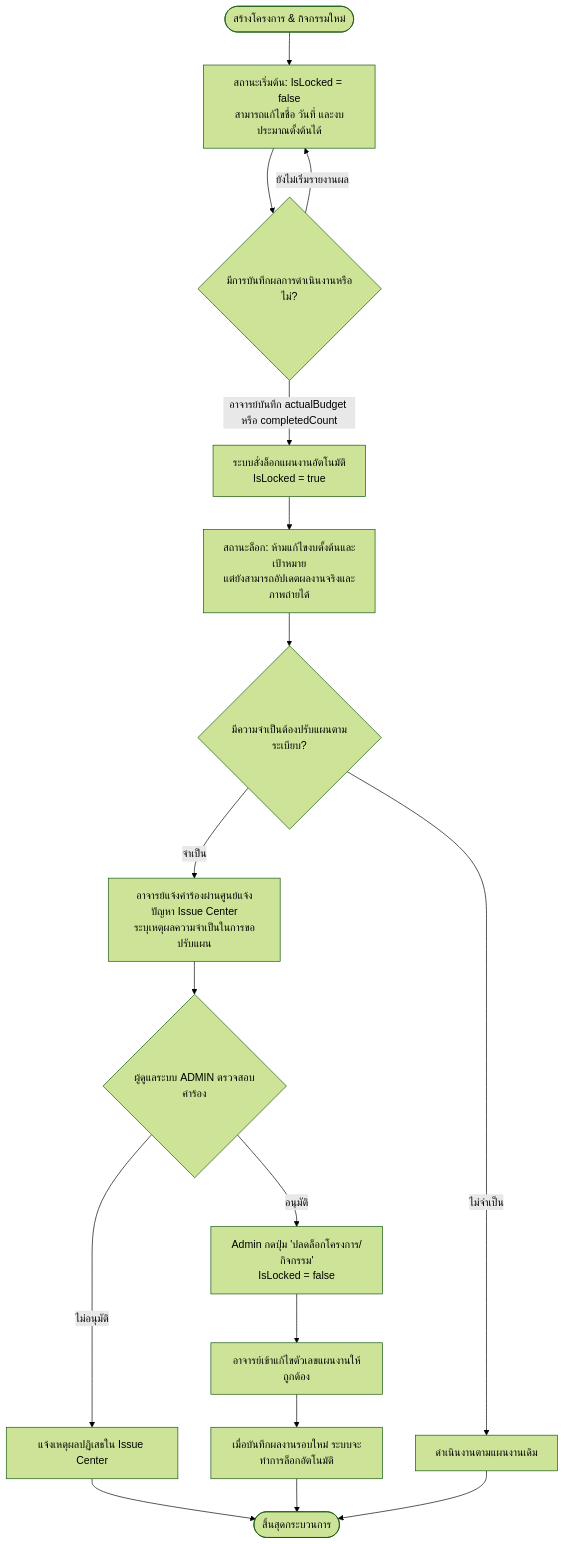
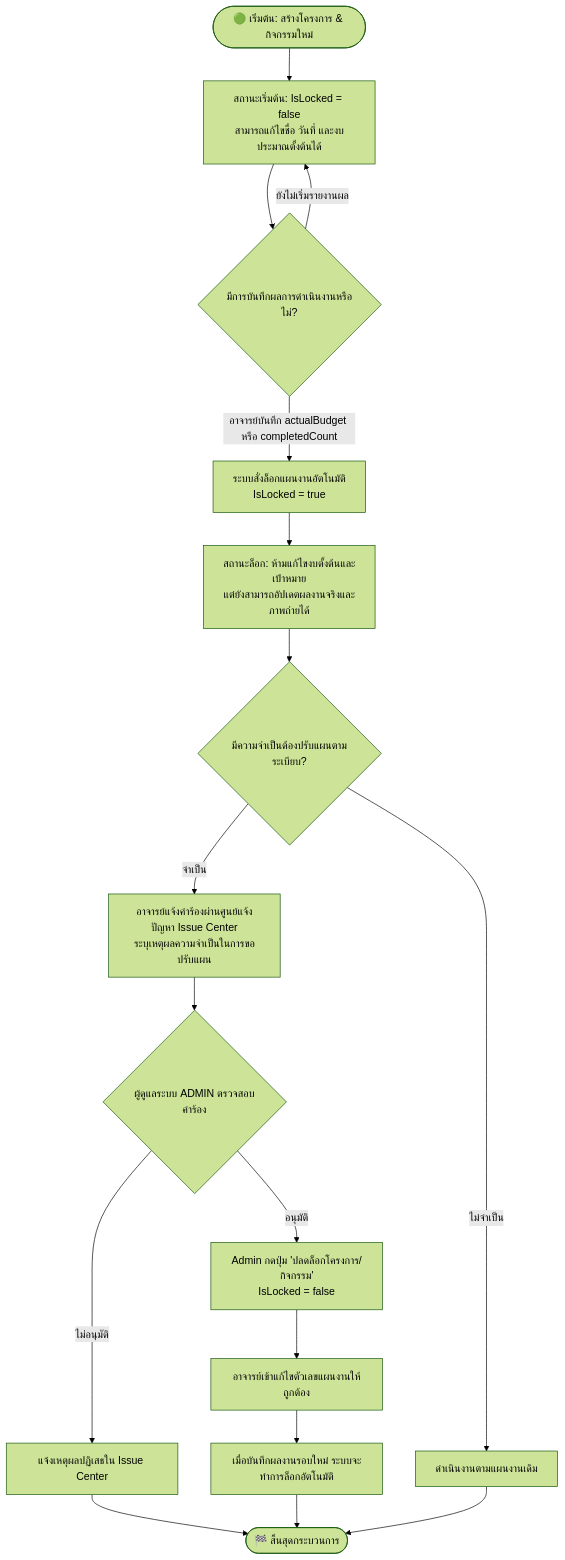
Before and after one commit to teeraphonn/bru-strategic-tracking: the seventh of 7 diagrams in flowchart.md, drawn with Mermaid (forest theme). The commit also changed other lines of this file, not shown here.

Commit message:
Docs(SA): Refine system flowchart with explicit start-end nodes, database storage, and linear flow

````diff
--- a/flowchart.md
+++ b/flowchart.md
@@ -300,30 +310,30 @@
 ```mermaid
 flowchart TD
-    L_Start([สร้างโครงการ & กิจกรรมใหม่]) --> L_Init[สถานะเริ่มต้น: IsLocked = false<br/>สามารถแก้ไขชื่อ วันที่ และงบประมาณตั้งต้นได้]
+    L_Start([🟢 เริ่มต้น: สร้างโครงการ & กิจกรรมใหม่]) --> L_Init[สถานะเริ่มต้น: IsLocked = false<br/>สามารถแก้ไขชื่อ วันที่ และงบประมาณตั้งต้นได้]
     
     L_Init --> L_Action{มีการบันทึกผลการดำเนินงานหรือไม่?}
     
     L_Action -->|ยังไม่เริ่มรายงานผล| L_Init
     
     L_Action -->|อาจารย์บันทึก actualBudget หรือ completedCount| L_Lock[ระบบสั่งล็อกแผนงานอัตโนมัติ<br/>IsLocked = true]
     
     L_Lock --> L_LockedState[สถานะล็อก: ห้ามแก้ไขงบตั้งต้นและเป้าหมาย<br/>แต่ยังสามารถอัปเดตผลงานจริงและภาพถ่ายได้]
     
     L_LockedState --> L_NeedEdit{มีความจำเป็นต้องปรับแผนตามระเบียบ?}
     
     L_NeedEdit -->|ไม่จำเป็น| L_KeepLock[ดำเนินงานตามแผนงานเดิม]
     
     L_NeedEdit -->|จำเป็น| L_ContactAdmin[อาจารย์แจ้งคำร้องผ่านศูนย์แจ้งปัญหา Issue Center<br/>ระบุเหตุผลความจำเป็นในการขอปรับแผน]
     
     L_ContactAdmin --> L_AdminReview{ผู้ดูแลระบบ ADMIN ตรวจสอบคำร้อง}
     
     L_AdminReview -->|ไม่อนุมัติ| L_Reject[แจ้งเหตุผลปฏิเสธใน Issue Center]
     L_AdminReview -->|อนุมัติ| L_AdminUnlock[Admin กดปุ่ม 'ปลดล็อกโครงการ/กิจกรรม'<br/>IsLocked = false]
     
     L_AdminUnlock --> L_TeacherEdit[อาจารย์เข้าแก้ไขตัวเลขแผนงานให้ถูกต้อง]
     L_TeacherEdit --> L_ReLock[เมื่อบันทึกผลงานรอบใหม่ ระบบจะทำการล็อกอัตโนมัติ]
     
-    L_Reject --> L_End([สิ้นสุดกระบวนการ])
+    L_Reject --> L_End([🏁 สิ้นสุดกระบวนการ])
     L_ReLock --> L_End
     L_KeepLock --> L_End
 ```
````
